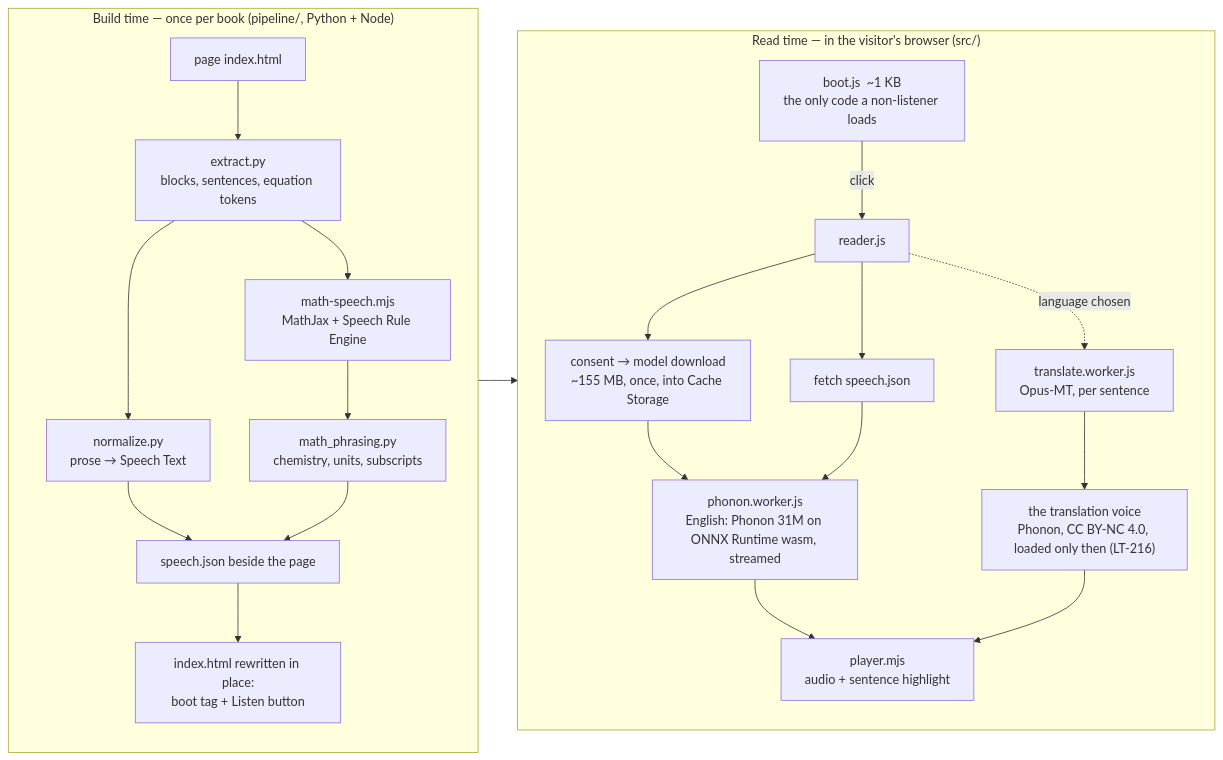
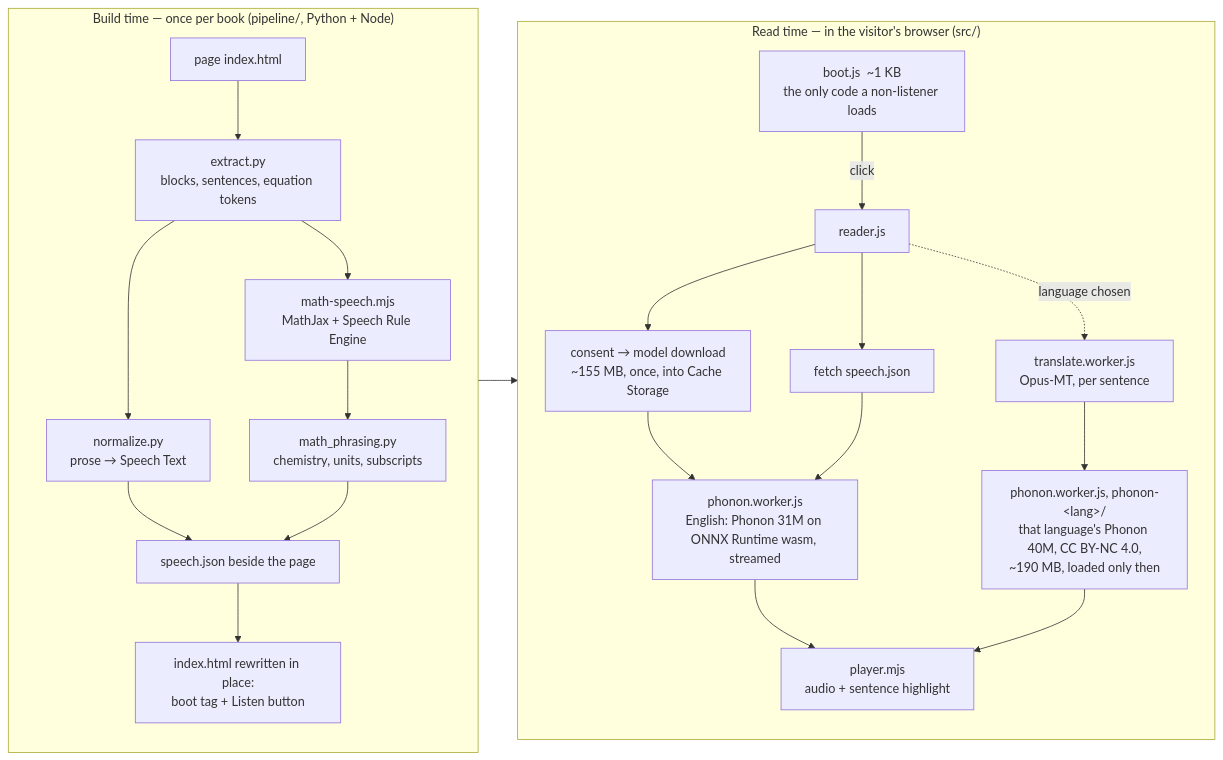
The diagram in README.md (johnnyrobot/libretext-reader-web), drawn with Mermaid before and after one commit. The commit also changed other lines of this file and 12 other files, not shown here.

````diff
--- a/README.md
+++ b/README.md
@@ -39,26 +39,26 @@
 ```mermaid
 flowchart LR
   subgraph build["Build time — once per book (pipeline/, Python + Node)"]
     direction TB
     A[page index.html] --> B["extract.py<br/>blocks, sentences, equation tokens"]
     B --> C["normalize.py<br/>prose → Speech Text"]
     B --> D["math-speech.mjs<br/>MathJax + Speech Rule Engine"]
     D --> E["math_phrasing.py<br/>chemistry, units, subscripts"]
     C --> F[speech.json beside the page]
     E --> F
     F --> G["index.html rewritten in place:<br/>boot tag + Listen button"]
   end
   subgraph read["Read time — in the visitor's browser (src/)"]
     direction TB
     H["boot.js  ~1 KB<br/>the only code a non-listener loads"] -- click --> I[reader.js]
     I --> J["consent → model download<br/>~155 MB, once, into Cache Storage"]
     I --> K[fetch speech.json]
     J --> P["phonon.worker.js<br/>English: Phonon 31M on ONNX Runtime wasm, streamed"]
     K --> P
     P --> M["player.mjs<br/>audio + sentence highlight"]
     I -. language chosen .-> N["translate.worker.js<br/>Opus-MT, per sentence"]
-    N --> L["the translation voice<br/>Phonon, CC BY-NC 4.0, loaded only then (LT-216)"]
+    N --> L["phonon.worker.js, phonon-&lt;lang&gt;/<br/>that language's Phonon 40M, CC BY-NC 4.0,<br/>~190 MB, loaded only then"]
     L --> M
   end
   G --> H
 ```
````
